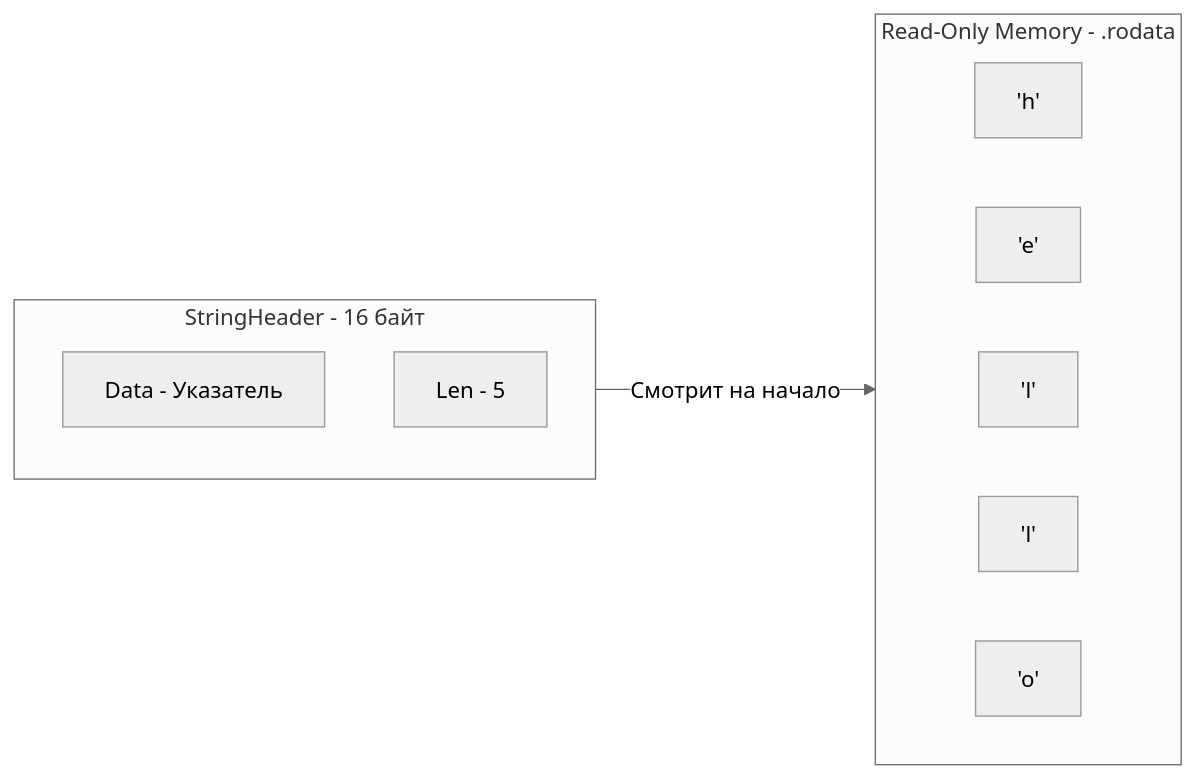
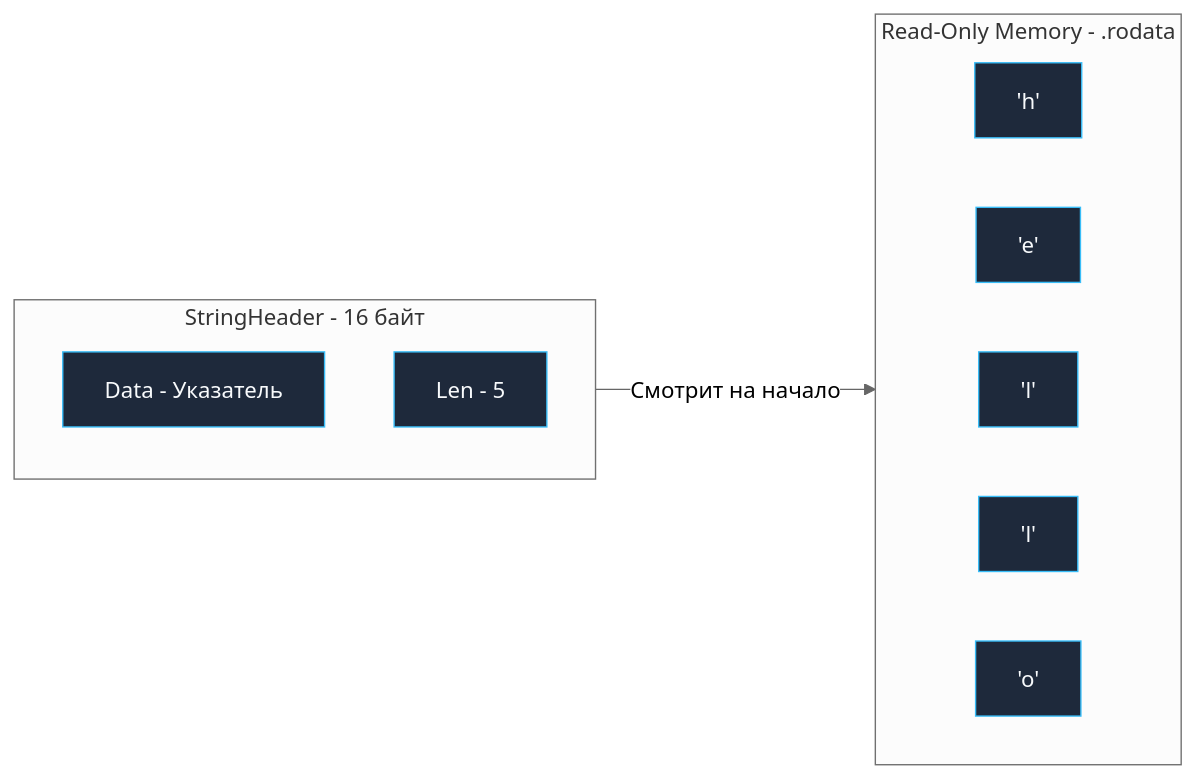
The diagram in sources/5. Учебник по Go (Основы и синтаксис)/20. Строки в Go. Immutable string и работа с Unicode.md (UnrealTemplier/go-textbook), drawn with Mermaid (neutral theme) before and after one commit. The commit also changed 1666 other files, not shown here.

First line of the commit message:
feat(mermaid): add semantic color classDef to 1369 colorless flowchart/graph diagrams

````diff
--- a/sources/5. Учебник по Go (Основы и синтаксис)/20. Строки в Go. Immutable string и работа с Unicode.md
+++ b/sources/5. Учебник по Go (Основы и синтаксис)/20. Строки в Go. Immutable string и работа с Unicode.md
@@ -28,19 +28,29 @@
 ```mermaid
 flowchart LR
+    classDef process  fill:#1e293b,stroke:#38bdf8,stroke-width:1px,color:#f8fafc
+    classDef success  fill:#064e3b,stroke:#34d399,stroke-width:1px,color:#f8fafc
+    classDef error    fill:#7f1d1d,stroke:#f87171,stroke-width:1px,color:#f8fafc
+    classDef warning  fill:#78350f,stroke:#fbbf24,stroke-width:1px,color:#f8fafc
+    classDef entry    fill:#1e3a5f,stroke:#38bdf8,stroke-width:2px,color:#f8fafc
+    classDef aux      fill:#334155,stroke:#64748b,stroke-width:1px,color:#f8fafc
+    classDef system   fill:#312e81,stroke:#a78bfa,stroke-width:1px,color:#f8fafc
+    classDef data     fill:#132d29,stroke:#2dd4bf,stroke-width:1px,color:#f8fafc
+    classDef network  fill:#881337,stroke:#fb7185,stroke-width:1px,color:#f8fafc
+    classDef accent   fill:#1e1b4b,stroke:#818cf8,stroke-width:1px,color:#f8fafc
     subgraph Header ["StringHeader - 16 байт"]
         direction TB
-        Data["Data - Указатель"]
-        Len["Len - 5"]
+        Data["Data - Указатель"]:::process
+        Len["Len - 5"]:::process
     end
 
     subgraph Memory ["Read-Only Memory - .rodata"]
         direction LR
-        B1["'h'"]
-        B2["'e'"]
-        B3["'l'"]
-        B4["'l'"]
-        B5["'o'"]
+        B1["'h'"]:::process
+        B2["'e'"]:::process
+        B3["'l'"]:::process
+        B4["'l'"]:::process
+        B5["'o'"]:::process
     end
 
     Data -->|"Смотрит на начало"| B1
 ```
````
